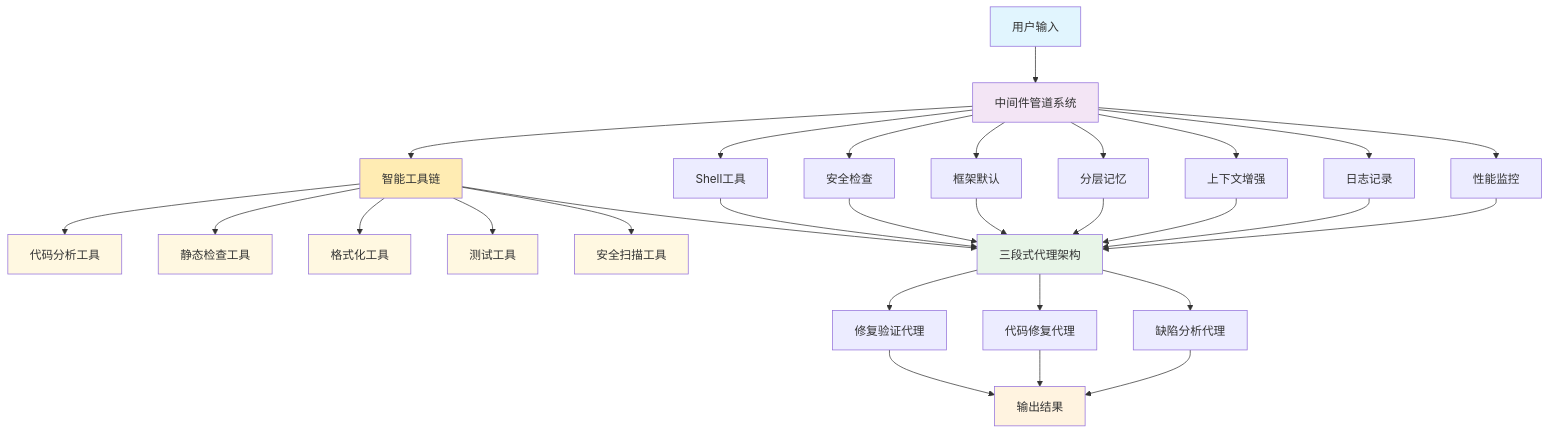
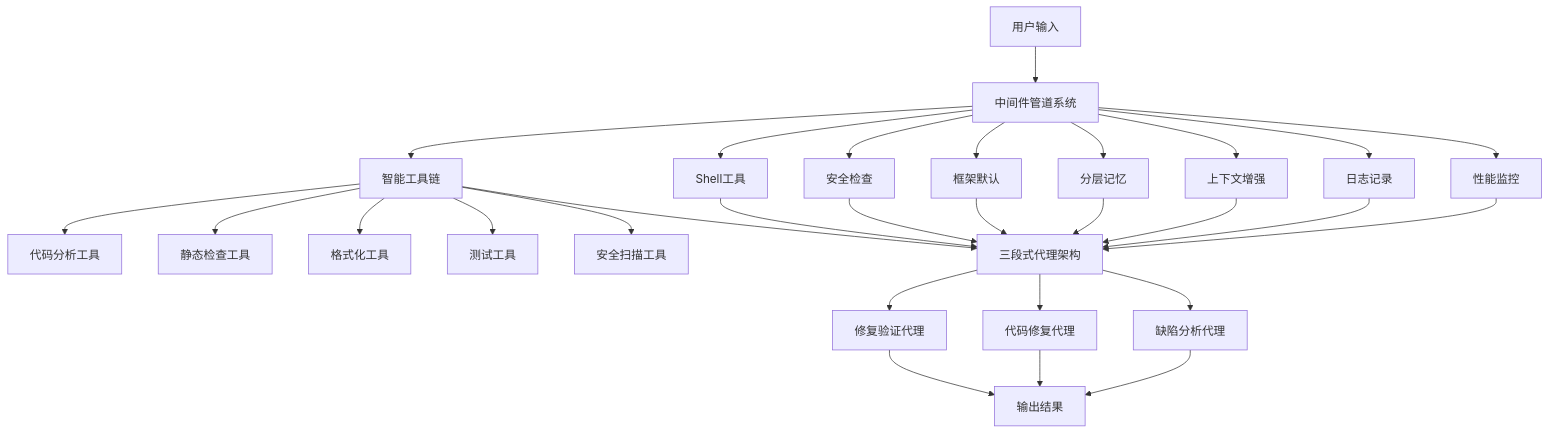
The second of 2 diagrams in README.md (3uyuan1ee/Fix_agent), drawn with Mermaid before and after one commit. The commit also changed other lines of this file, not shown here.

````diff
--- a/README.md
+++ b/README.md
@@ -232,46 +232,35 @@
 ```mermaid
 graph TD
     A[用户输入] --> B[中间件管道系统]
     B --> C[性能监控]
     B --> D[日志记录]
     B --> E[上下文增强]
     B --> F[分层记忆]
     B --> G[框架默认]
     B --> H[安全检查]
     B --> I[Shell工具]
     B --> T[智能工具链]
 
     T --> T1[代码分析工具]
     T --> T2[静态检查工具]
     T --> T3[格式化工具]
     T --> T4[测试工具]
     T --> T5[安全扫描工具]
 
     C --> J[三段式代理架构]
     D --> J
     E --> J
     F --> J
     G --> J
     H --> J
     I --> J
     T --> J
 
     J --> K[缺陷分析代理]
     J --> L[代码修复代理]
     J --> M[修复验证代理]
 
     K --> N[输出结果]
     L --> N
     M --> N
-
-    style A fill:#e1f5fe
-    style B fill:#f3e5f5
-    style J fill:#e8f5e8
-    style N fill:#fff3e0
-    style T fill:#ffecb3
-    style T1 fill:#fff8e1
-    style T2 fill:#fff8e1
-    style T3 fill:#fff8e1
-    style T4 fill:#fff8e1
-    style T5 fill:#fff8e1
 ```
````
